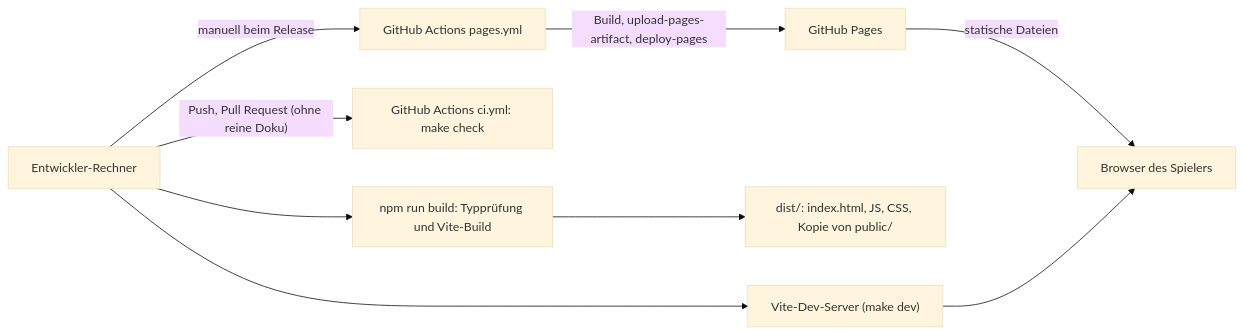
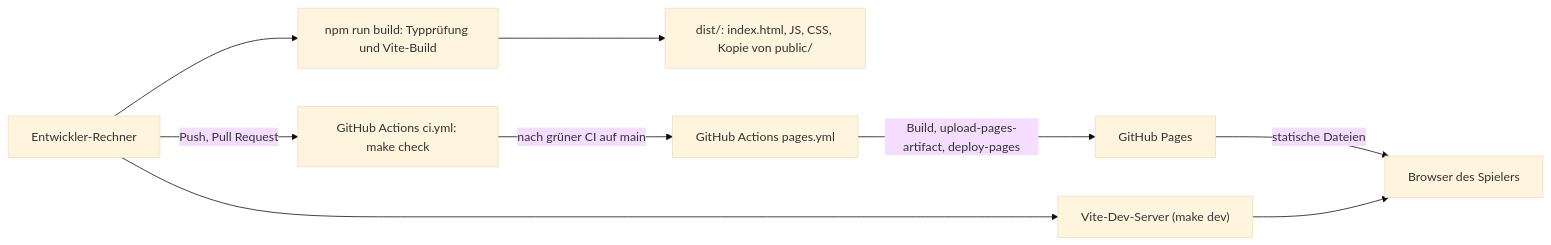
Before and after one commit to konstantinniedermann/Inselreich: diagram 11 of 12 in docs/arc42.md, drawn with Mermaid (base theme). The commit also changed other lines of this file and 4 other files, not shown here.

````diff
--- a/docs/arc42.md
+++ b/docs/arc42.md
@@ -587,18 +587,18 @@
 ```mermaid
 flowchart LR
   Dev["Entwickler-Rechner"]
   Vite["Vite-Dev-Server (make dev)"]
   Build["npm run build: Typprüfung und Vite-Build"]
   Dist["dist/: index.html, JS, CSS, Kopie von public/"]
   CI["GitHub Actions ci.yml: make check"]
   Pages["GitHub Actions pages.yml"]
   GHP["GitHub Pages"]
   Browser["Browser des Spielers"]
   Dev --> Vite
   Dev --> Build --> Dist
-  Dev -->|"Push, Pull Request (ohne reine Doku)"| CI
-  Dev -->|"manuell beim Release"| Pages
+  Dev -->|"Push, Pull Request"| CI
+  CI -->|"nach grüner CI auf main"| Pages
   Pages -->|"Build, upload-pages-artifact, deploy-pages"| GHP
   GHP -->|"statische Dateien"| Browser
   Vite --> Browser
 ```
````
